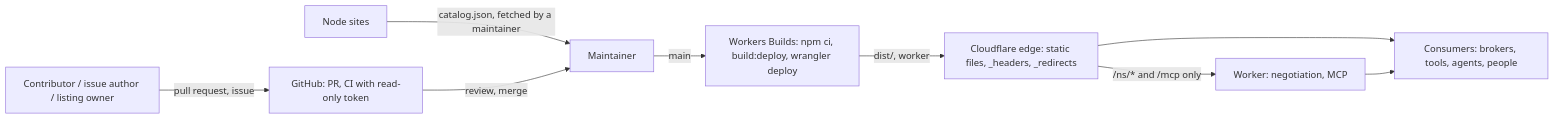
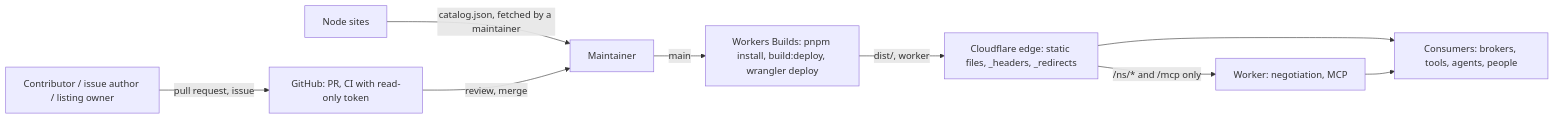
Before and after one commit to geolonia/datamodels: the diagram in threat-model.md, drawn with Mermaid. The commit also changed other lines of this file and 6 other files, not shown here.

First line of the commit message:
[AI] ci: run check:live after every deploy and daily; threat model for pnpm and the build (#334)

````diff
--- a/threat-model.md
+++ b/threat-model.md
@@ -232,11 +245,11 @@
 ```mermaid
 flowchart LR
   C[Contributor / issue author / listing owner] -->|pull request, issue| GH[GitHub: PR, CI with read-only token]
   N[Node sites] -->|catalog.json, fetched by a maintainer| M
   GH -->|review, merge| M[Maintainer]
-  M -->|main| WB[Workers Builds: npm ci, build:deploy, wrangler deploy]
+  M -->|main| WB[Workers Builds: pnpm install, build:deploy, wrangler deploy]
   WB -->|dist/, worker| CF[Cloudflare edge: static files, _headers, _redirects]
   CF -->|/ns/* and /mcp only| W[Worker: negotiation, MCP]
   CF --> K[Consumers: brokers, tools, agents, people]
   W --> K
 ```
````
